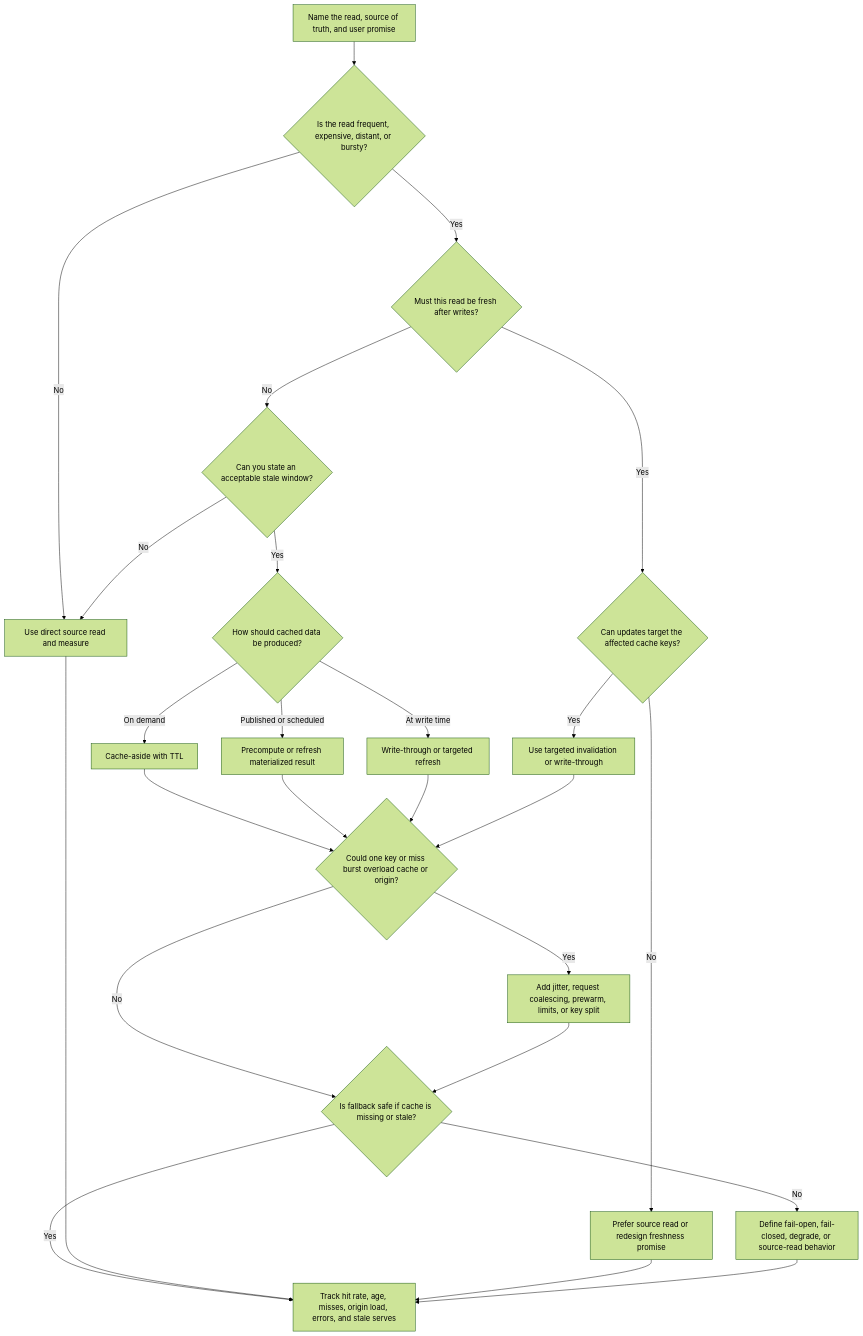
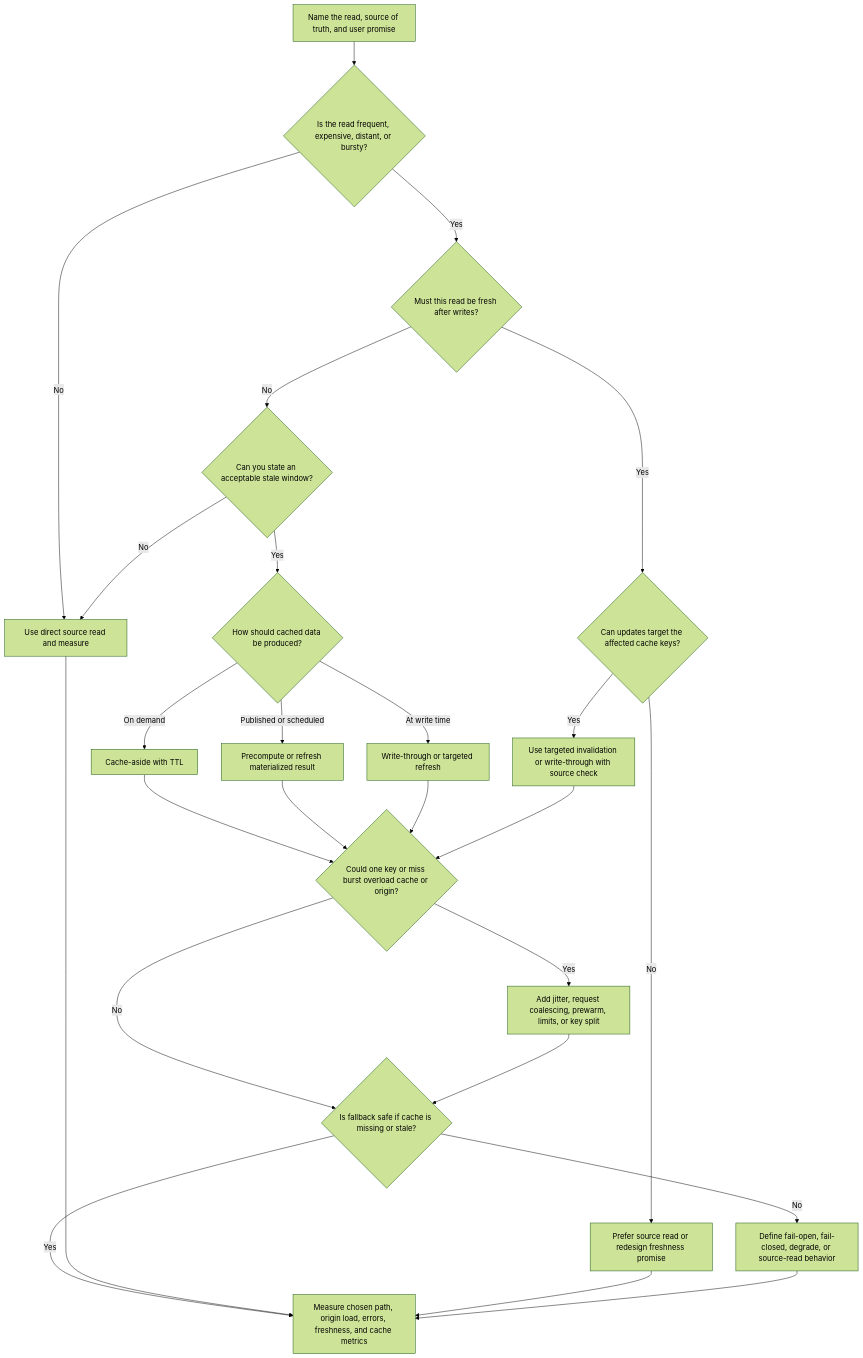
Before and after one commit to LeonSilva15/system-design: the diagram in docs/components/cache.md, drawn with Mermaid (forest theme). The commit also changed other lines of this file, not shown here.

Commit message:
docs(components): SDC-E04-T05 clarify cache review points

````diff
--- a/docs/components/cache.md
+++ b/docs/components/cache.md
@@ -78,36 +78,36 @@
 ```mermaid
 flowchart TD
     Start[Name the read, source of truth, and user promise] --> Pressure{Is the read frequent, expensive, distant, or bursty?}
 
     Pressure -->|No| Direct[Use direct source read and measure]
     Pressure -->|Yes| Fresh{Must this read be fresh after writes?}
 
     Fresh -->|Yes| CanInvalidate{Can updates target the affected cache keys?}
     Fresh -->|No| StaleBound{Can you state an acceptable stale window?}
 
-    CanInvalidate -->|Yes| Invalidate[Use targeted invalidation or write-through]
+    CanInvalidate -->|Yes| Invalidate[Use targeted invalidation or write-through with source check]
     CanInvalidate -->|No| DirectFresh[Prefer source read or redesign freshness promise]
 
     StaleBound -->|No| Direct
     StaleBound -->|Yes| Pattern{How should cached data be produced?}
 
     Pattern -->|On demand| CacheAside[Cache-aside with TTL]
     Pattern -->|Published or scheduled| Precompute[Precompute or refresh materialized result]
     Pattern -->|At write time| WritePath[Write-through or targeted refresh]
 
     CacheAside --> Hot{Could one key or miss burst overload cache or origin?}
     Precompute --> Hot
     WritePath --> Hot
     Invalidate --> Hot
 
     Hot -->|Yes| HotPlan[Add jitter, request coalescing, prewarm, limits, or key split]
     Hot -->|No| Fallback{Is fallback safe if cache is missing or stale?}
 
     HotPlan --> Fallback
-    Fallback -->|Yes| Operate[Track hit rate, age, misses, origin load, errors, and stale serves]
+    Fallback -->|Yes| Operate[Measure chosen path, origin load, errors, freshness, and cache metrics]
     Fallback -->|No| FixFallback[Define fail-open, fail-closed, degrade, or source-read behavior]
 
     Direct --> Operate
     DirectFresh --> Operate
     FixFallback --> Operate
 ```
````
